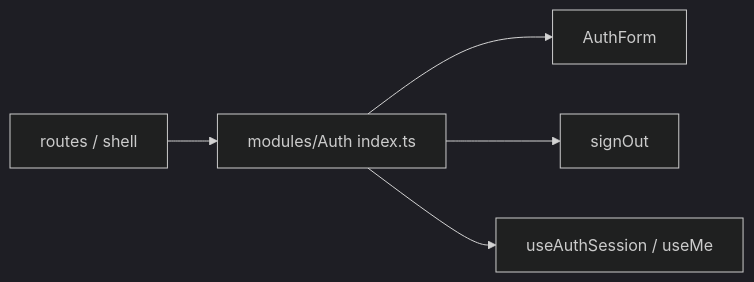
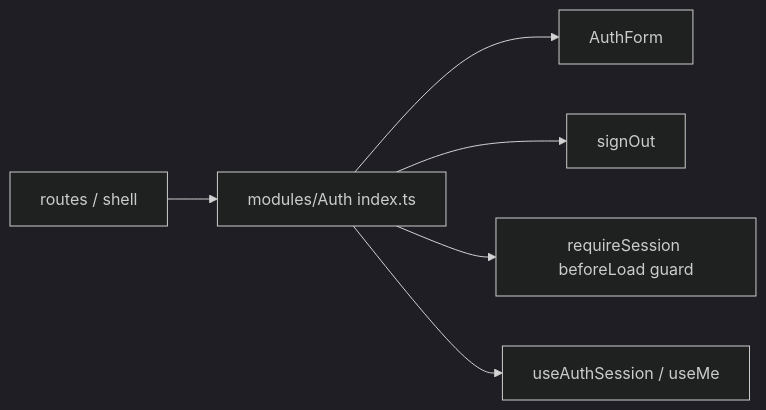
Before and after one commit to AzamatRaimbekov2/openCreate: the diagram in apps/web/src/modules/Auth/index.ts.md, drawn with Mermaid (dark theme). The commit also changed other lines of this file and 37 other files, not shown here.

````diff
--- a/apps/web/src/modules/Auth/index.ts.md
+++ b/apps/web/src/modules/Auth/index.ts.md
@@ -27,7 +28,8 @@
 ```mermaid
 flowchart LR
   R[routes / shell] --> IDX[modules/Auth index.ts]
   IDX --> AF[AuthForm]
   IDX --> SO[signOut]
+  IDX --> RG[requireSession beforeLoad guard]
   IDX --> US[useAuthSession / useMe]
 ```
````
